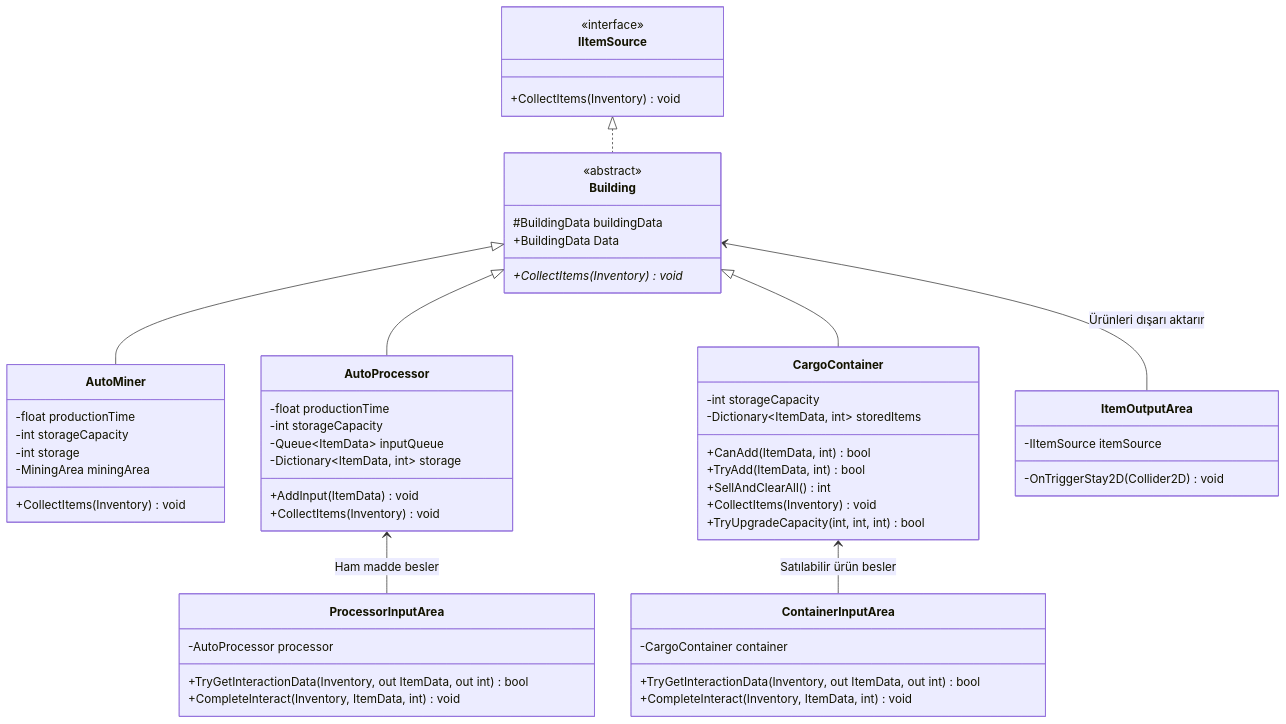
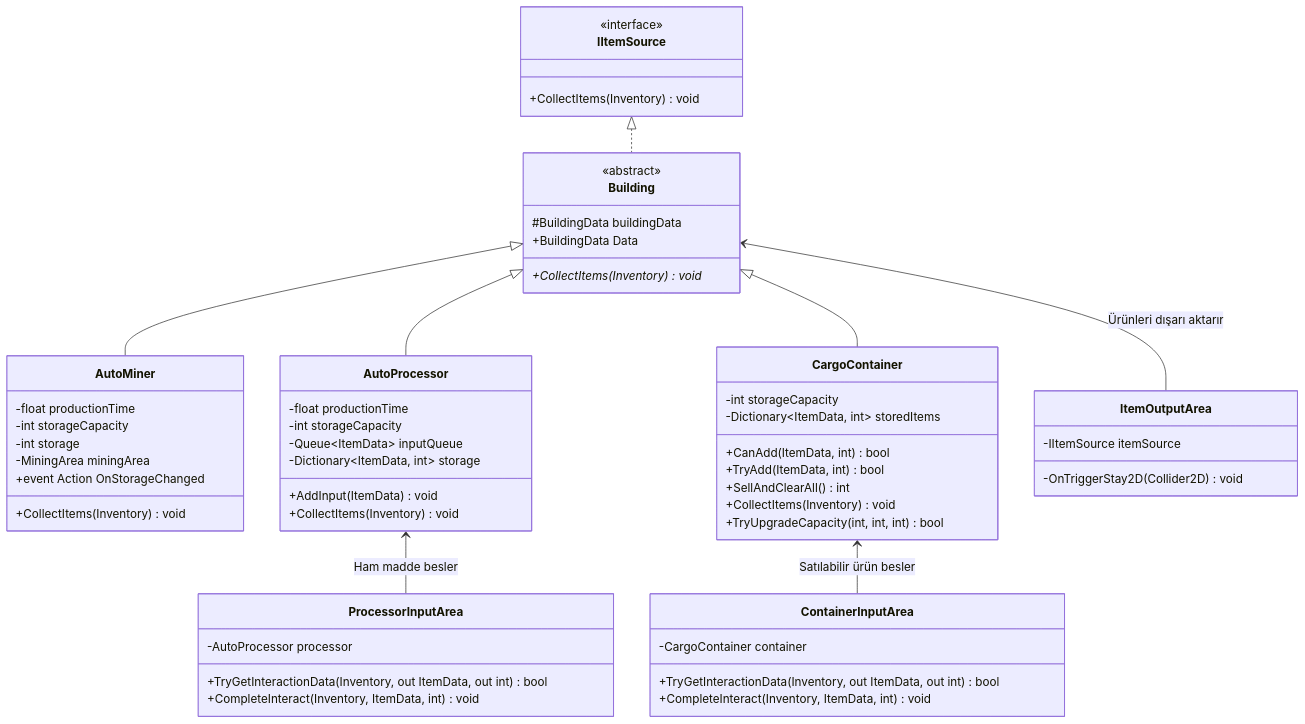
The first of 2 diagrams in Assets/Documentation/Building.md (omerbartug/unity-mining-game), drawn with Mermaid before and after one commit. The commit also changed other lines of this file and 9 other files, not shown here.

First line of the commit message:
docs: complete system architecture - open for feature development

````diff
--- a/Assets/Documentation/Building.md
+++ b/Assets/Documentation/Building.md
@@ -11,66 +11,67 @@
 ```mermaid
 classDiagram
     class IItemSource {
         <<interface>>
         +CollectItems(Inventory) void
     }
 
     class Building {
         <<abstract>>
         #BuildingData buildingData
         +BuildingData Data
         +CollectItems(Inventory)* void
     }
 
     class AutoMiner {
         -float productionTime
         -int storageCapacity
         -int storage
         -MiningArea miningArea
+        +event Action OnStorageChanged
         +CollectItems(Inventory) void
     }
 
     class AutoProcessor {
         -float productionTime
         -int storageCapacity
         -Queue~ItemData~ inputQueue
         -Dictionary~ItemData, int~ storage
         +AddInput(ItemData) void
         +CollectItems(Inventory) void
     }
 
     class CargoContainer {
         -int storageCapacity
         -Dictionary~ItemData, int~ storedItems
         +CanAdd(ItemData, int) bool
         +TryAdd(ItemData, int) bool
         +SellAndClearAll() int
         +CollectItems(Inventory) void
         +TryUpgradeCapacity(int, int, int) bool
     }
 
     class ProcessorInputArea {
         -AutoProcessor processor
         +TryGetInteractionData(Inventory, out ItemData, out int) bool
         +CompleteInteract(Inventory, ItemData, int) void
     }
 
     class ContainerInputArea {
         -CargoContainer container
         +TryGetInteractionData(Inventory, out ItemData, out int) bool
         +CompleteInteract(Inventory, ItemData, int) void
     }
 
     class ItemOutputArea {
         -IItemSource itemSource
         -OnTriggerStay2D(Collider2D) void
     }
 
     IItemSource <|.. Building
     Building <|-- AutoMiner
     Building <|-- AutoProcessor
     Building <|-- CargoContainer
     AutoProcessor <-- ProcessorInputArea : Ham madde besler
     CargoContainer <-- ContainerInputArea : Satılabilir ürün besler
     Building <-- ItemOutputArea : Ürünleri dışarı aktarır
 ```
````
